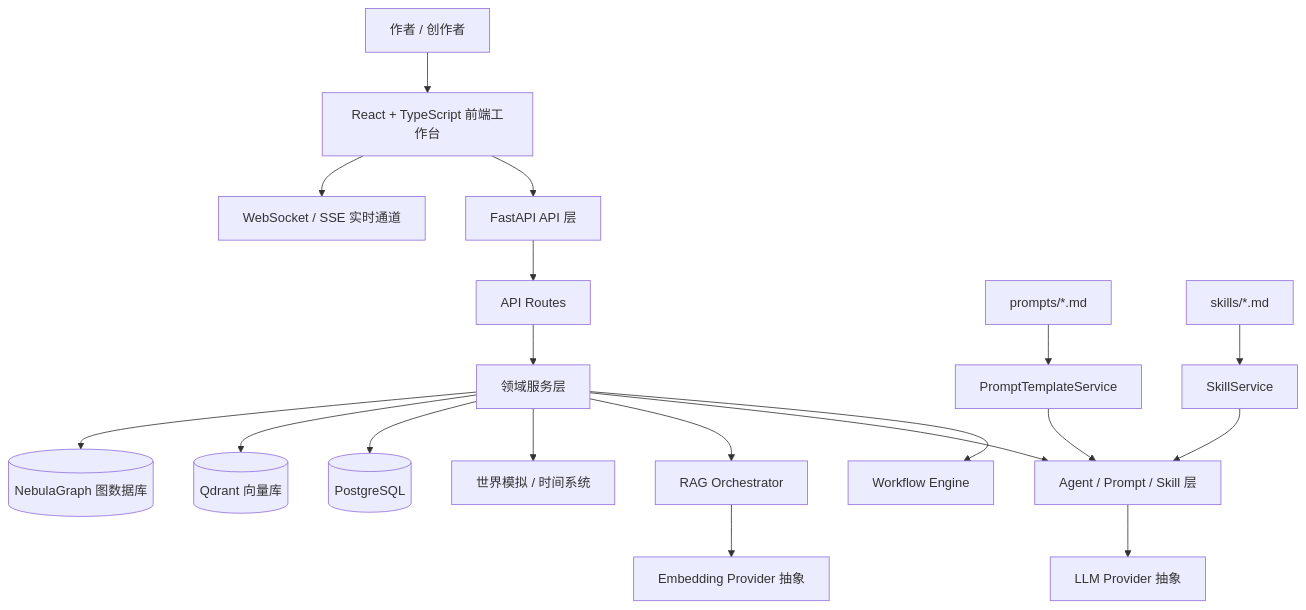
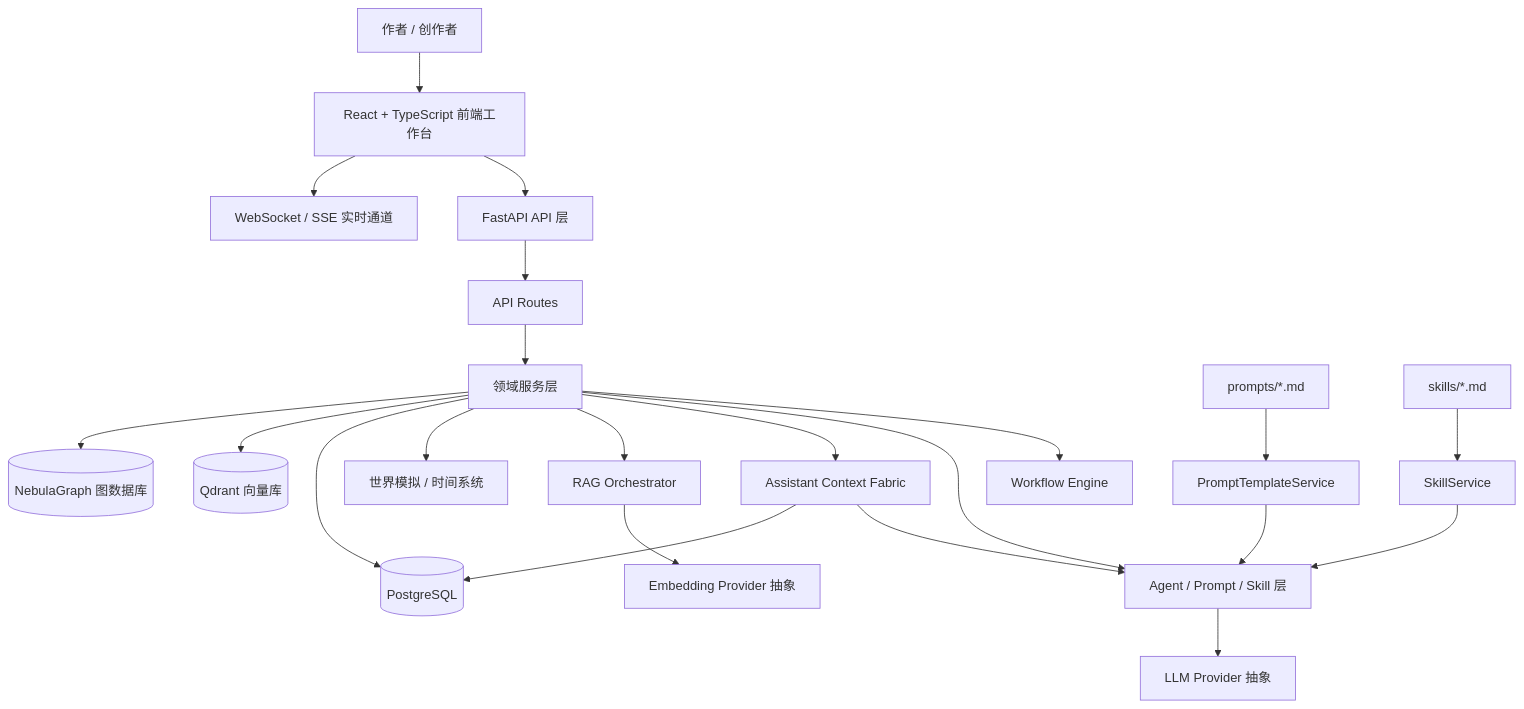
One commit to WeirdSky924/GodView changed the diagram in README.md. Above: the diagram before and after it, drawn with Mermaid. The commit also changed other lines of this file, not shown here.

First line of the commit message:
docs: 更新 README 文档，添加 Assistant Context Fabric 架构说明

````diff
--- a/README.md
+++ b/README.md
@@ -93,27 +95,30 @@
 ```mermaid
 flowchart TD
     User[作者 / 创作者] --> Frontend[React + TypeScript 前端工作台]
 
     Frontend --> API[FastAPI API 层]
     Frontend --> WS[WebSocket / SSE 实时通道]
 
     API --> Routes[API Routes]
     Routes --> Services[领域服务层]
 
     Services --> Workflow[Workflow Engine]
     Services --> AgentLayer[Agent / Prompt / Skill 层]
+    Services --> ACF[Assistant Context Fabric]
     Services --> RAG[RAG Orchestrator]
     Services --> Simulation[世界模拟 / 时间系统]
 
+    ACF --> AgentLayer
     AgentLayer --> LLM[LLM Provider 抽象]
     RAG --> Embedding[Embedding Provider 抽象]
 
+    ACF --> PG
     Services --> PG[(PostgreSQL)]
     Services --> Qdrant[(Qdrant 向量库)]
     Services --> Nebula[(NebulaGraph 图数据库)]
 
     Prompts[prompts/*.md] --> PromptService[PromptTemplateService]
     Skills[skills/*.md] --> SkillService[SkillService]
     PromptService --> AgentLayer
     SkillService --> AgentLayer
 ```
````
